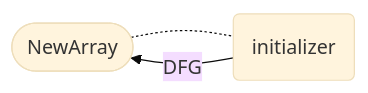
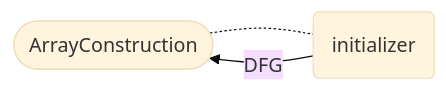
The ninth of 40 diagrams in docs/docs/CPG/specs/dfg.md (Fraunhofer-AISEC/cpg), drawn with Mermaid (base theme) before and after one commit. The commit also changed other lines of this file and 110 other files, not shown here.

Commit message:
refactor: rename Construct→Construction, Member→MemberAccess, NewArray→ArrayConstruction, Subscript→Subscription, TypeId→TypeReference

````diff
--- a/docs/docs/CPG/specs/dfg.md
+++ b/docs/docs/CPG/specs/dfg.md
@@ -164,5 +164,5 @@
   ```mermaid
   flowchart LR
-    node([NewArray]) -.- initializer(initializer)
+    node([ArrayConstruction]) -.- initializer(initializer)
     initializer -- DFG --> node
   ```
````
